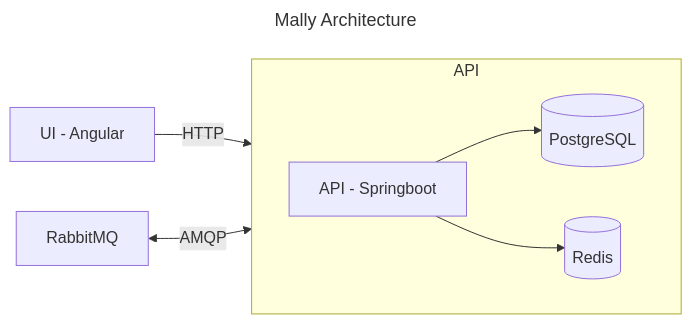
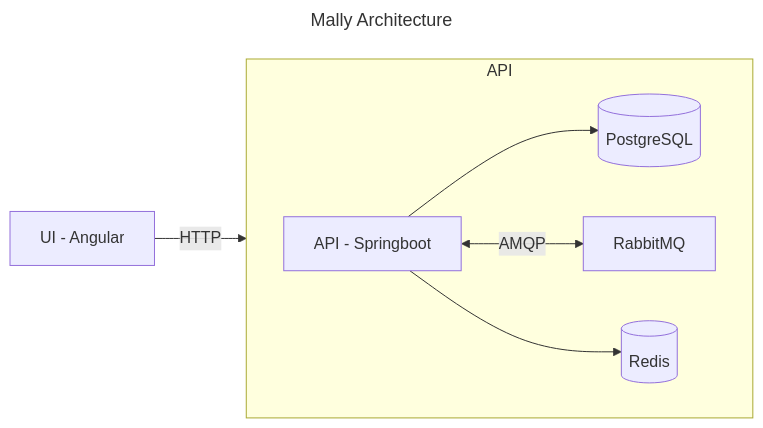
Before and after one commit to neumanf/mally: the diagram in README.md, drawn with Mermaid. The commit also changed other lines of this file and 1 other file, not shown here.

````diff
--- a/README.md
+++ b/README.md
@@ -28,26 +35,26 @@
 ```mermaid
 ---
 title: Mally Architecture
 ---
 flowchart LR
 %% Styles
     classDef app fill:#f7e081,stroke:#333,stroke-width:1px
 
 %% Entities
     UI[UI - Angular]
     POSTGRES[(PostgreSQL)]
     API[API - Springboot]
     RMQ[RabbitMQ]
     REDIS[(Redis)]
 
 %% Flow
     UI -->|HTTP|BACKEND
-    RMQ <-->|AMQP|BACKEND
 
     subgraph BACKEND [API]
+        API <-->|AMQP|RMQ
         direction LR
         API --> POSTGRES
         API --> REDIS
     end
 
 ```
````
